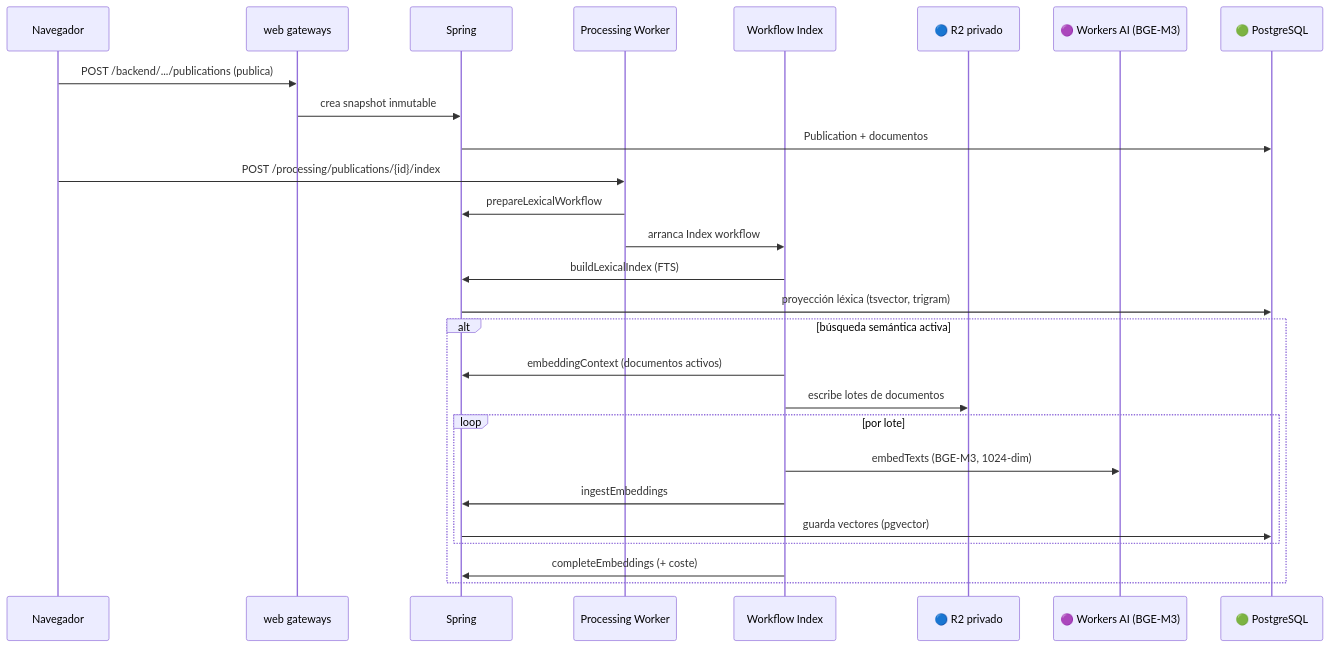
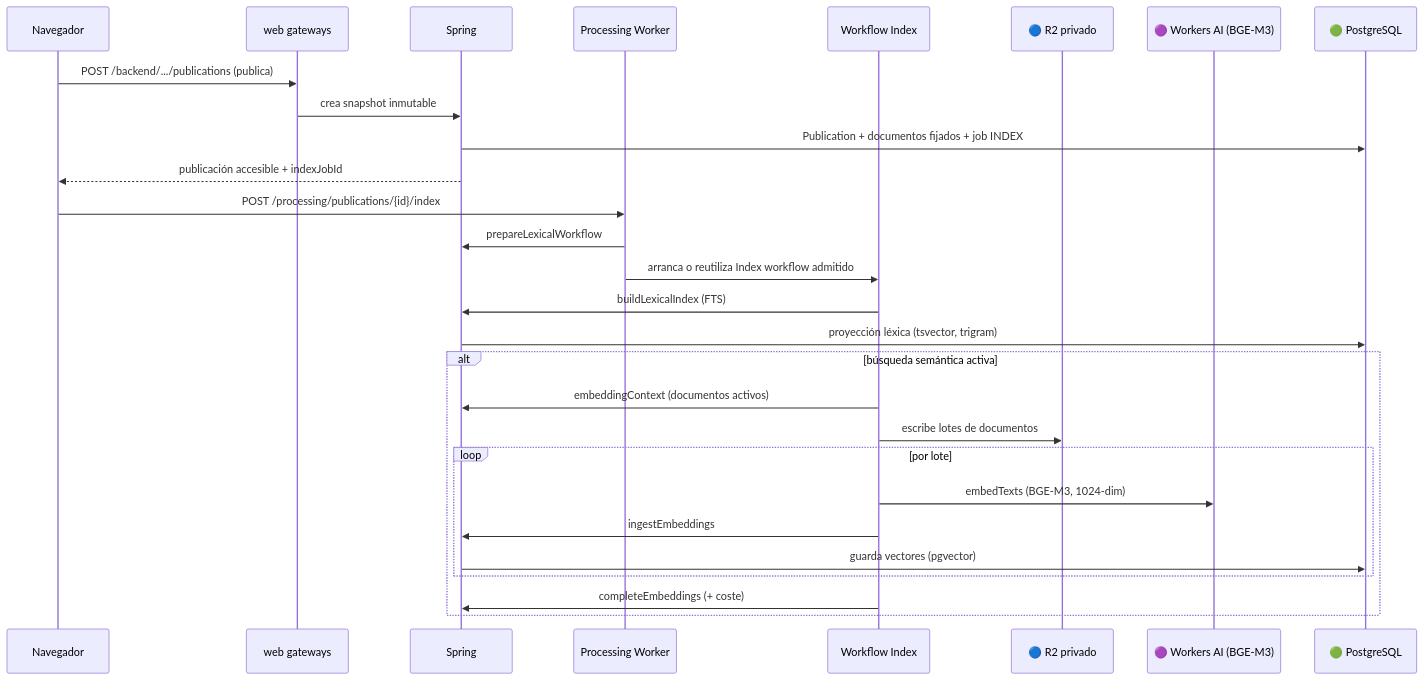
Before and after one commit to s-counago/subtitula-gal-api: the seventh of 9 diagrams in docs/product/architecture-flows.md, drawn with Mermaid. The commit also changed other lines of this file and 17 other files, not shown here.

````diff
--- a/docs/product/architecture-flows.md
+++ b/docs/product/architecture-flows.md
@@ -259,31 +317,32 @@
 ```mermaid
 sequenceDiagram
     participant B as Navegador
     participant W as web gateways
     participant S as Spring
     participant P as Processing Worker
     participant WF as Workflow Index
     participant R2 as 🔵 R2 privado
     participant AI as 🟣 Workers AI (BGE-M3)
     participant PG as 🟢 PostgreSQL
 
     B->>W: POST /backend/.../publications (publica)
     W->>S: crea snapshot inmutable
-    S->>PG: Publication + documentos
+    S->>PG: Publication + documentos fijados + job INDEX
+    S-->>B: publicación accesible + indexJobId
 
     B->>P: POST /processing/publications/{id}/index
     P->>S: prepareLexicalWorkflow
-    P->>WF: arranca Index workflow
+    P->>WF: arranca o reutiliza Index workflow admitido
     WF->>S: buildLexicalIndex (FTS)
     S->>PG: proyección léxica (tsvector, trigram)
     alt búsqueda semántica activa
         WF->>S: embeddingContext (documentos activos)
         WF->>R2: escribe lotes de documentos
         loop por lote
             WF->>AI: embedTexts (BGE-M3, 1024-dim)
             WF->>S: ingestEmbeddings
             S->>PG: guarda vectores (pgvector)
         end
         WF->>S: completeEmbeddings (+ coste)
     end
 ```
````
